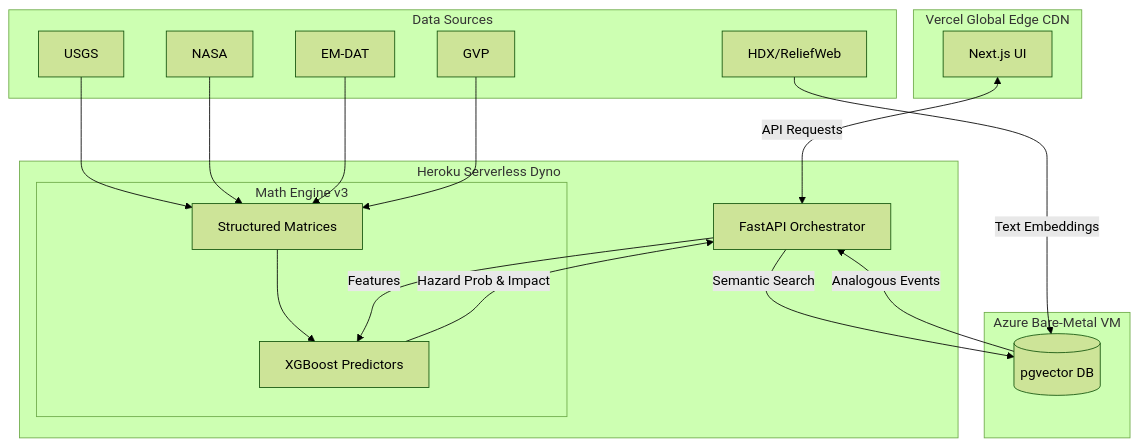
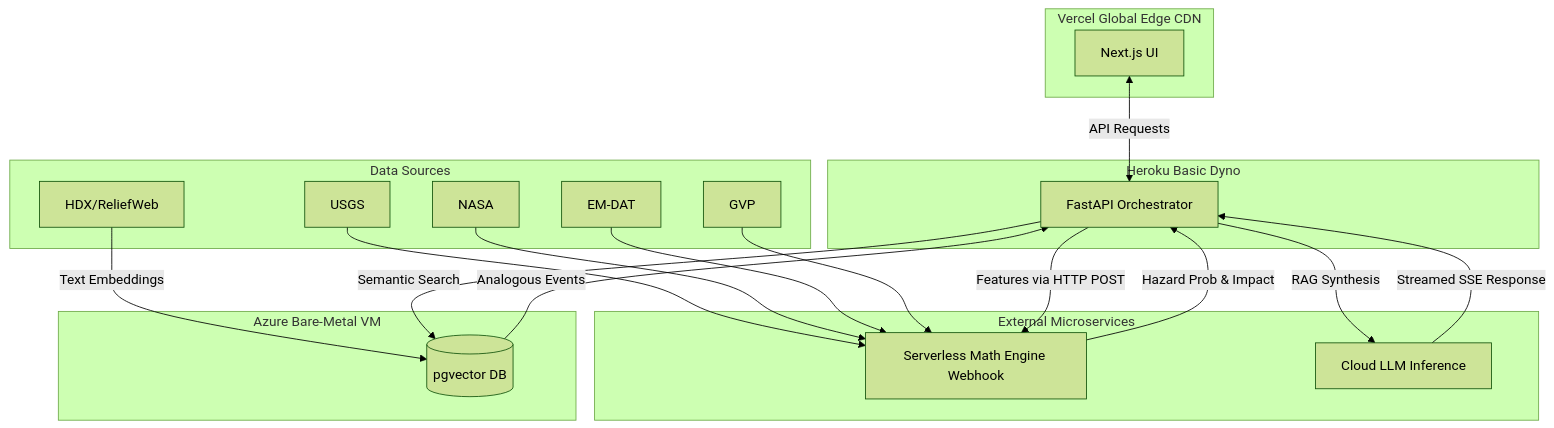
One commit to divyanshailani/calamity-matrix-core changed the first of 2 diagrams in README.md. Above: the diagram before and after it, drawn with Mermaid (forest theme). The commit also changed 2 other files, not shown here.

Commit message:
docs(arch): update docs with serverless math engine decoupling and concurrency resolution

````diff
--- a/README.md
+++ b/README.md
@@ -40,29 +40,32 @@
 ```mermaid
 graph TD
     subgraph Frontend [Vercel Global Edge CDN]
         UI[Next.js UI]
     end
 
-    subgraph Backend [Heroku Serverless Dyno]
+    subgraph Backend [Heroku Basic Dyno]
         API[FastAPI Orchestrator]
-        
-        subgraph Math Engine v3
-            Matrices[Structured Matrices] --> XGBoost[XGBoost Predictors]
-        end
+    end
+
+    subgraph External Microservices
+        Math[Serverless Math Engine Webhook]
+        LLM[Cloud LLM Inference]
     end
 
     subgraph Database [Azure Bare-Metal VM]
         PGVector[(pgvector DB)]
     end
     
     subgraph Data Sources
-        USGS[USGS] & NASA[NASA] & EMDAT[EM-DAT] & GVP[GVP] --> Matrices
+        USGS[USGS] & NASA[NASA] & EMDAT[EM-DAT] & GVP[GVP] --> Math
         HDX[HDX/ReliefWeb] -->|Text Embeddings| PGVector
     end
 
     UI <-->|API Requests| API
-    API -->|Features| XGBoost
+    API -->|Features via HTTP POST| Math
     API -->|Semantic Search| PGVector
-    XGBoost -->|Hazard Prob & Impact| API
+    API -->|RAG Synthesis| LLM
+    Math -->|Hazard Prob & Impact| API
     PGVector -->|Analogous Events| API
+    LLM -->|Streamed SSE Response| API
 ```
````
